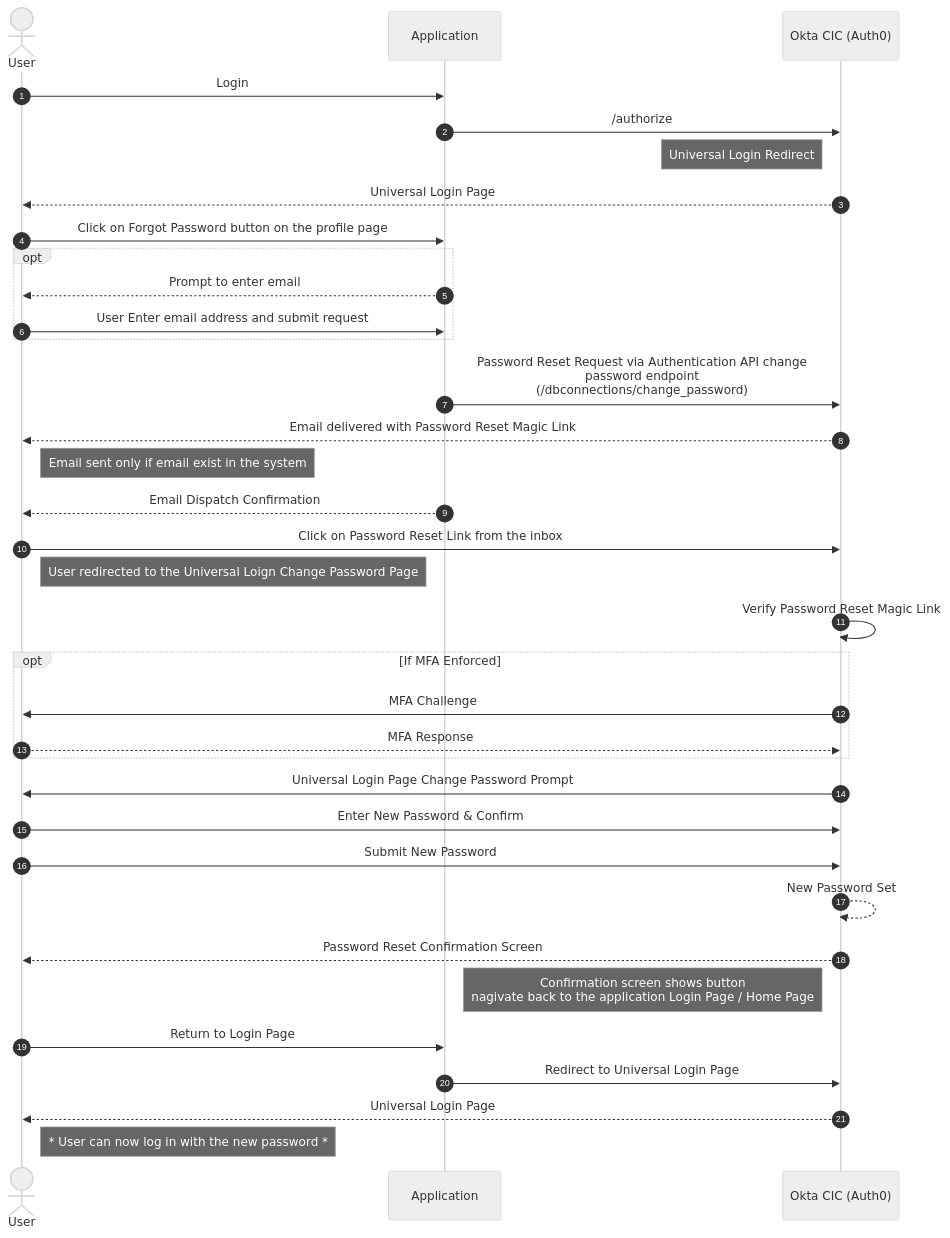
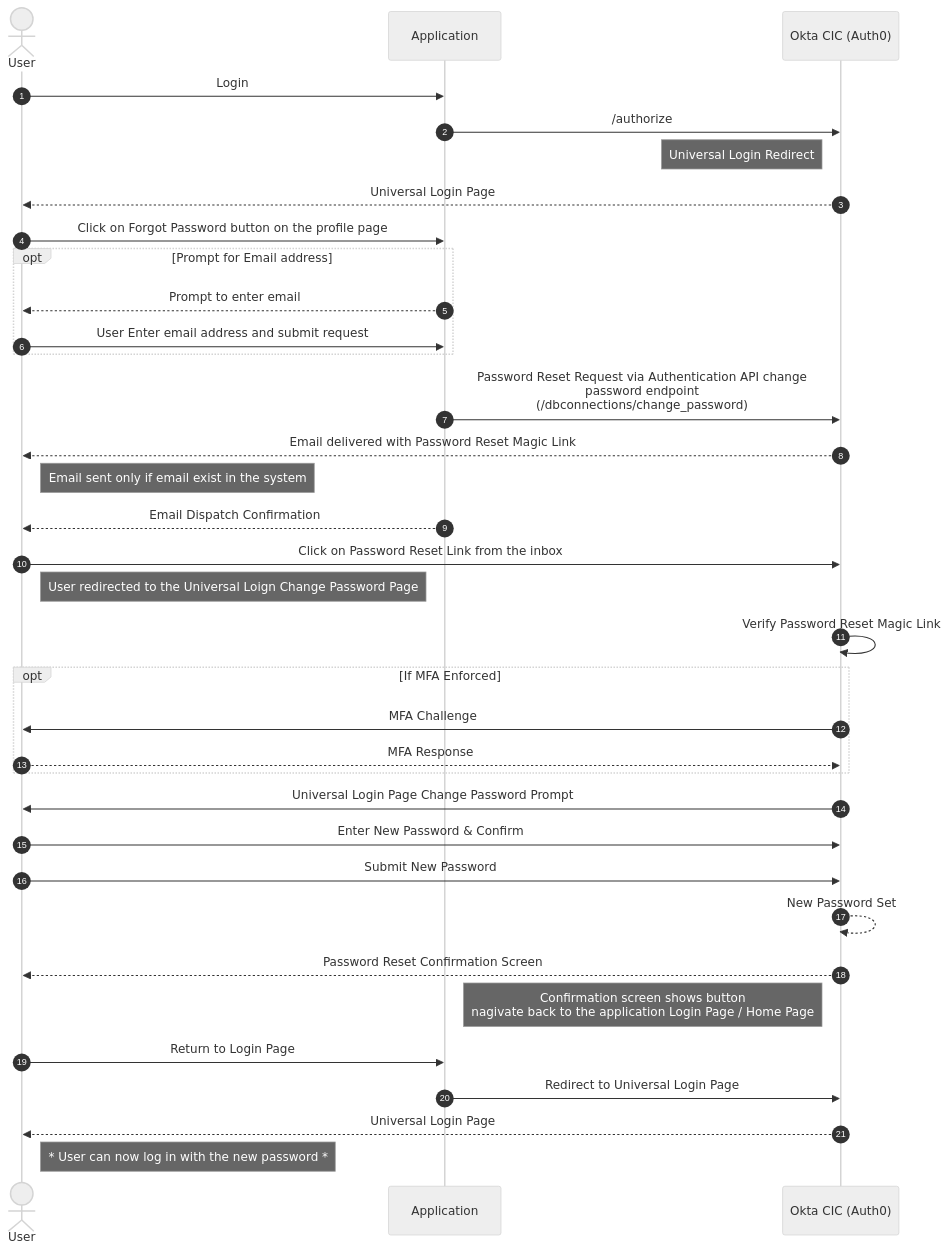
One commit to Tanver-Hasan/oauth2.0-flows- changed the second of 4 diagrams in Password Reset /password_reset_options.md. Above: the diagram before and after it, drawn with Mermaid (neutral theme). The commit also changed other lines of this file, not shown here.

````diff
--- a/Password Reset /password_reset_options.md
+++ b/Password Reset /password_reset_options.md
@@ -86,51 +86,51 @@
 ```mermaid
 sequenceDiagram
     actor User 
     participant App as Application 
     participant Tenant as Okta CIC (Auth0)
     autonumber
     %% section [A] User Initiates Login
     User->>App:  Login 
     App->>Tenant:  /authorize
     note left of Tenant :  Universal Login Redirect
     Tenant-->>User:  Universal Login Page
     %% end
 
     %% section [B] User Initiates Password Reset
     User->>App: Click on Forgot Password button on the profile page
-    opt
+    opt Prompt for Email address
     App-->>User: Prompt to enter email 
     User->>App:  User Enter email address and submit request
     end
     App->>Tenant: Password Reset Request via Authentication API change <br>password endpoint <br> (/dbconnections/change_password)
     Tenant-->>User: Email delivered with Password Reset Magic Link
     note  right of User: Email sent only if email exist in the system
     App-->>User:  Email Dispatch Confirmation
     %% end
 
     %% section [C] User Performs Password Reset
     User->> Tenant:  Click on Password Reset Link from the inbox
     note right of User: User redirected to the Universal Loign Change Password Page
     Tenant->>Tenant:  Verify Password Reset Magic Link
     
     opt If MFA Enforced
     Tenant->>User :  MFA Challenge
     User -->> Tenant:  MFA Response
     end
 
     Tenant->>User:  Universal Login Page Change Password Prompt
     User->> Tenant : Enter New Password & Confirm
     User->>Tenant:  Submit New Password
     Tenant-->>Tenant:  New Password Set
     Tenant -->> User : Password Reset Confirmation Screen 
     note left of Tenant : Confirmation screen shows button <br> nagivate back to the application Login Page / Home Page
     %% end
 
     %% section [D] User Navigates to Universal Login Page
     User->>App:  Return to Login Page
     App->>Tenant:  Redirect to Universal Login Page
     Tenant-->>User : Universal Login Page
 
     note right of User: * User can now log in with the new password *
     %% end
 ```
````
